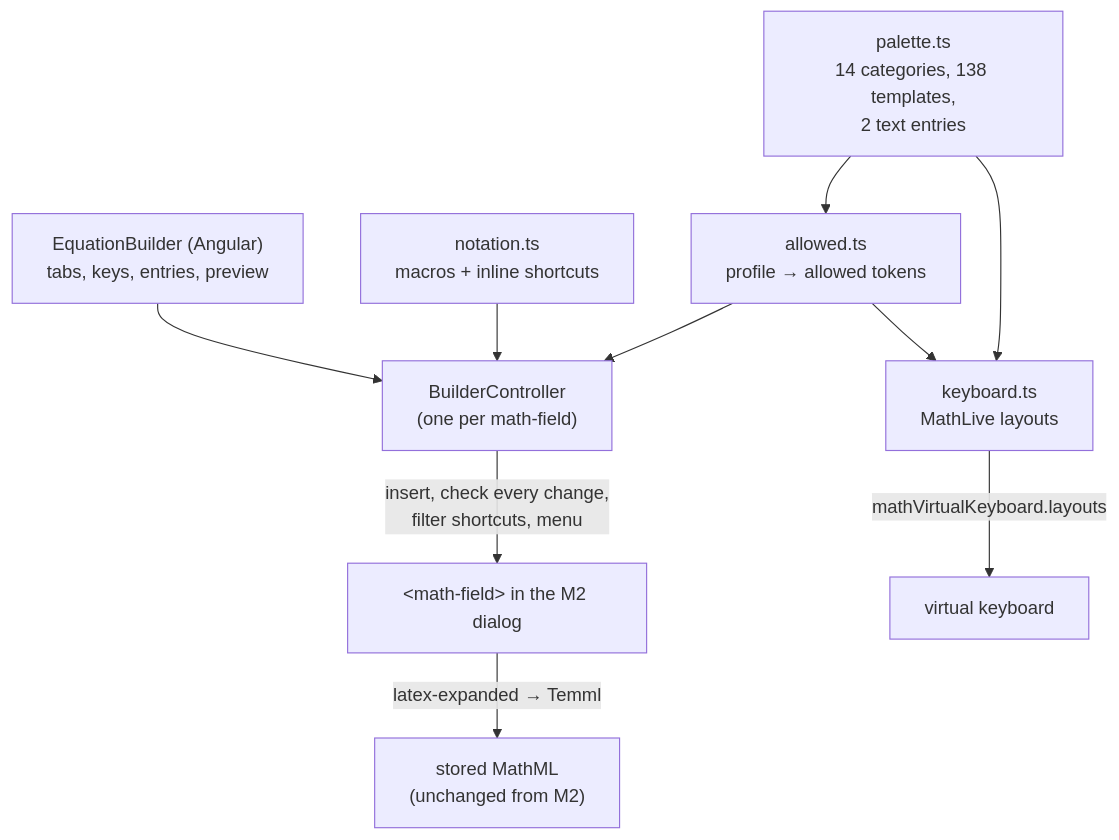
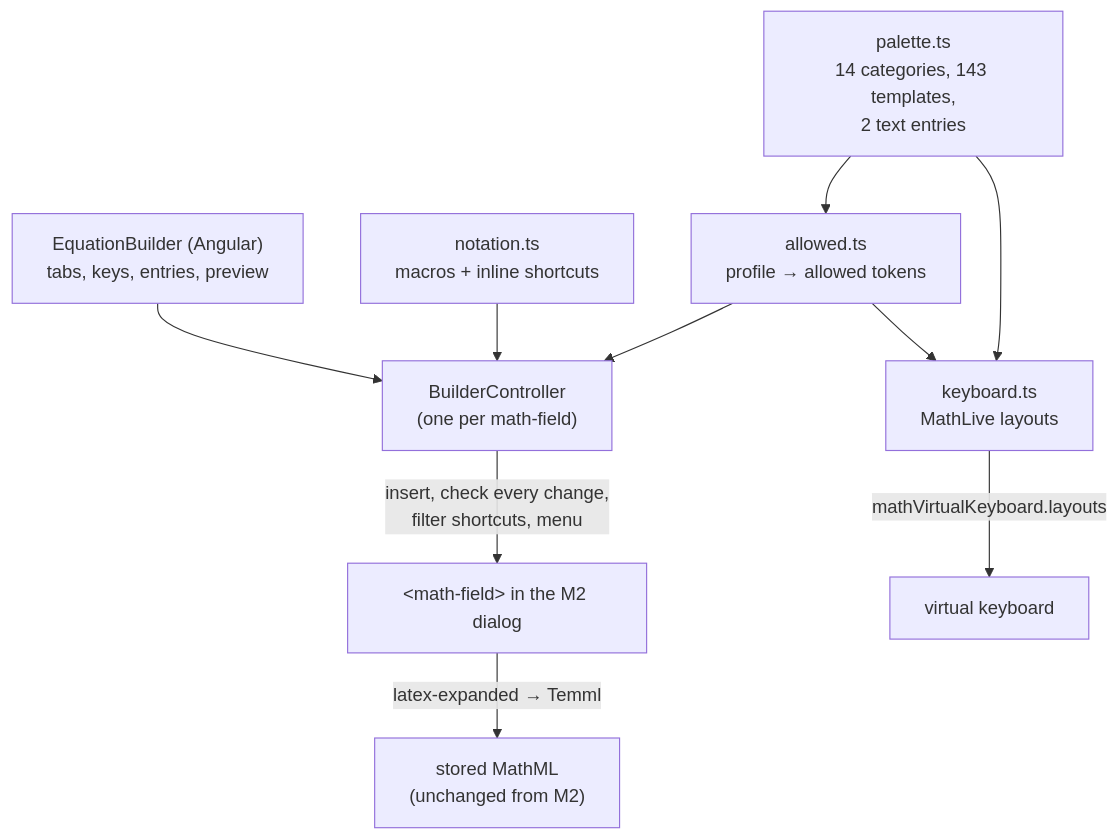
The diagram in docs/03-equation-builder.md (anthonysdj/mathlive-qti-eval), drawn with Mermaid before and after one commit. The commit also changed other lines of this file and 25 other files, not shown here.

````diff
--- a/docs/03-equation-builder.md
+++ b/docs/03-equation-builder.md
@@ -19,12 +19,12 @@
 ```mermaid
 flowchart TB
-  P["palette.ts<br/>14 categories, 138 templates,<br/>2 text entries"] --> A["allowed.ts<br/>profile → allowed tokens"]
+  P["palette.ts<br/>14 categories, 143 templates,<br/>2 text entries"] --> A["allowed.ts<br/>profile → allowed tokens"]
   A --> C["BuilderController<br/>(one per math-field)"]
   P --> K["keyboard.ts<br/>MathLive layouts"]
   A --> K
   N["notation.ts<br/>macros + inline shortcuts"] --> C
   C -->|"insert, check every change,<br/>filter shortcuts, menu"| MF["&lt;math-field&gt; in the M2 dialog"]
   K -->|"mathVirtualKeyboard.layouts"| VK["virtual keyboard"]
   EB["EquationBuilder (Angular)<br/>tabs, keys, entries, preview"] --> C
   MF -->|"latex-expanded → Temml"| S["stored MathML<br/>(unchanged from M2)"]
 ```
````
